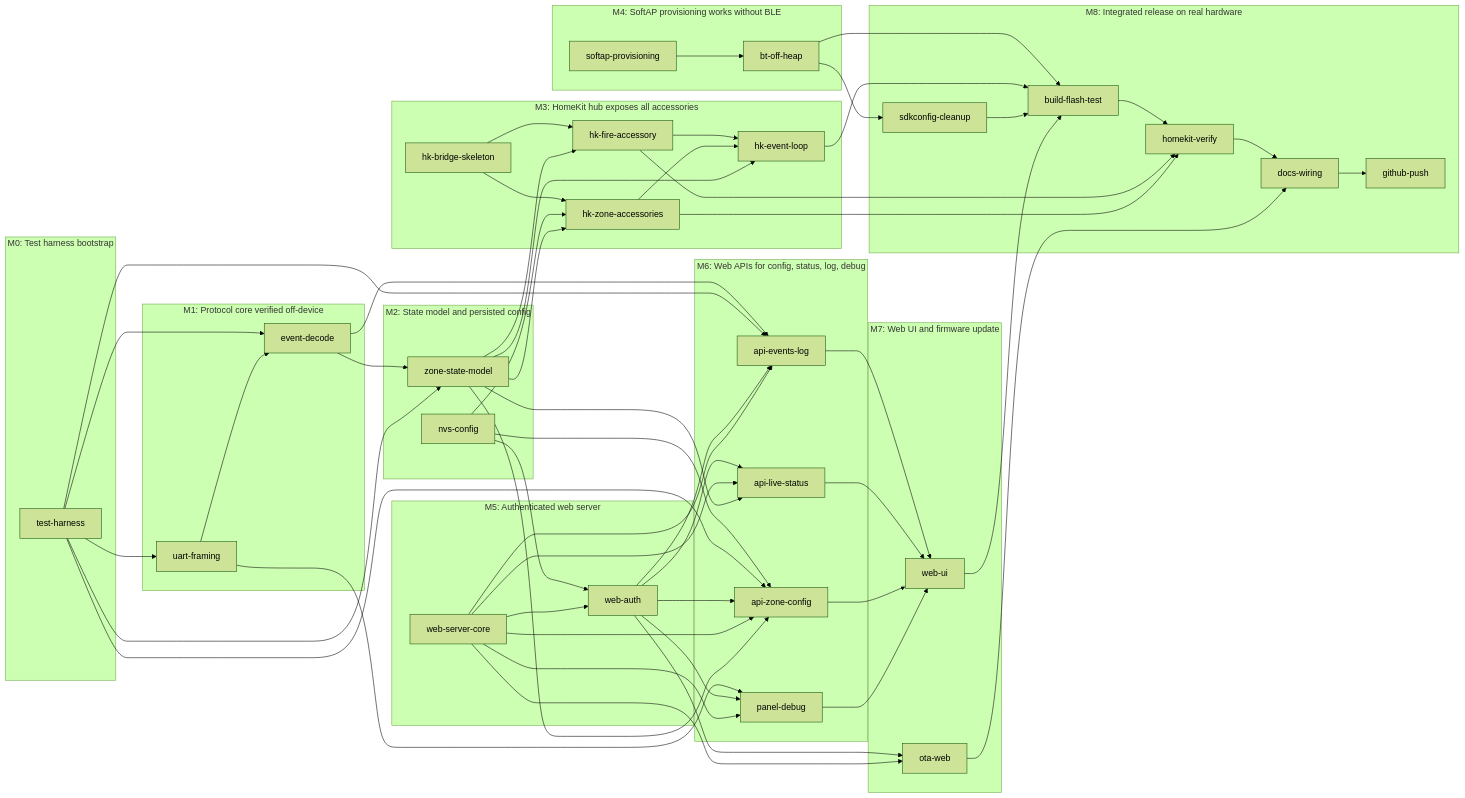
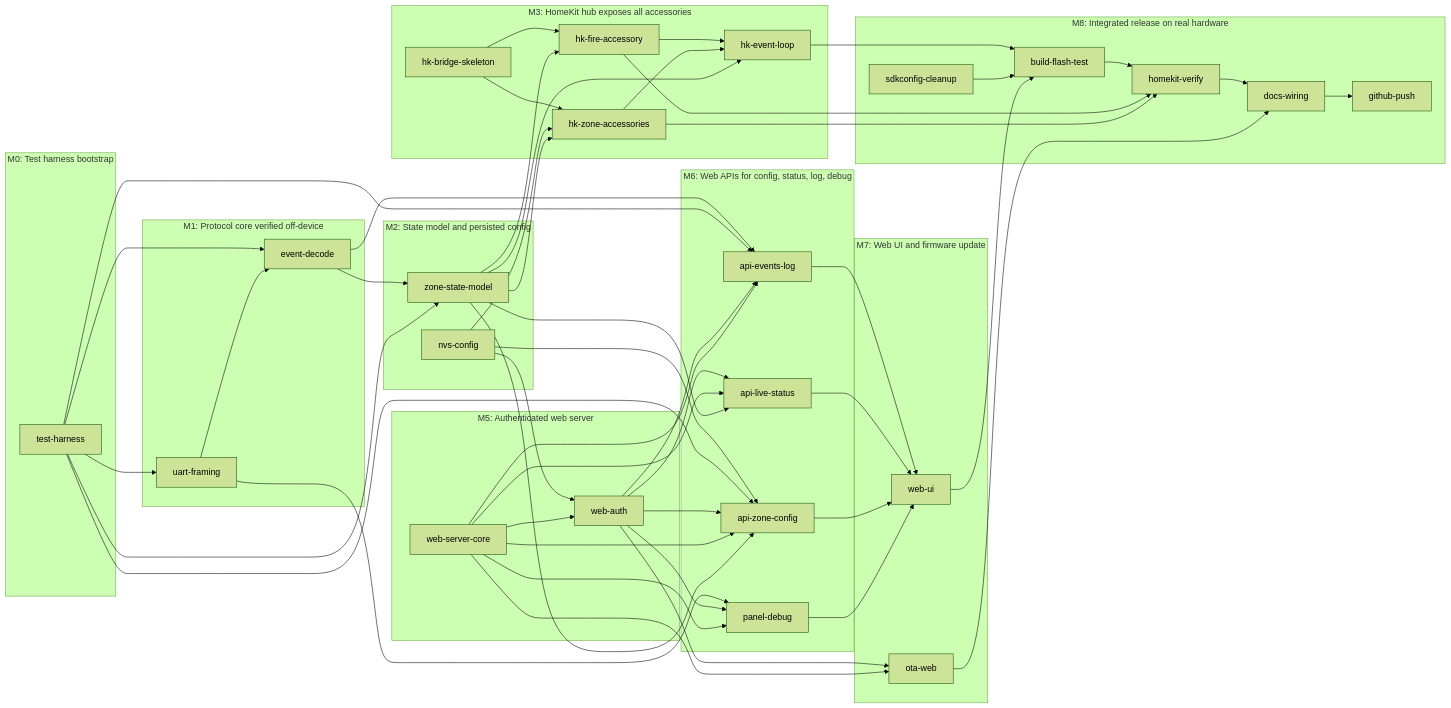
The diagram in TODO.md (nplourde/esp-homekit-paradox1738), drawn with Mermaid (forest theme) before and after one commit. The commit also changed other lines of this file and 30 other files, not shown here.

```diff
--- a/TODO.md
+++ b/TODO.md
@@ -385,10 +494,6 @@
     n_hk_event_loop["hk-event-loop"]
     n_hk_fire_accessory["hk-fire-accessory"]
     n_hk_zone_accessories["hk-zone-accessories"]
-  end
-  subgraph sg_M4["M4: SoftAP provisioning works without BLE"]
-    n_bt_off_heap["bt-off-heap"]
-    n_softap_provisioning["softap-provisioning"]
   end
   subgraph sg_M5["M5: Authenticated web server"]
     n_web_auth["web-auth"]
@@ -423,8 +528,6 @@
   n_web_auth --> n_api_zone_config
   n_web_server_core --> n_api_zone_config
   n_zone_state_model --> n_api_zone_config
-  n_softap_provisioning --> n_bt_off_heap
-  n_bt_off_heap --> n_build_flash_test
   n_hk_event_loop --> n_build_flash_test
   n_sdkconfig_cleanup --> n_build_flash_test
   n_web_ui --> n_build_flash_test
@@ -449,7 +552,6 @@
   n_uart_framing --> n_panel_debug
   n_web_auth --> n_panel_debug
   n_web_server_core --> n_panel_debug
-  n_bt_off_heap --> n_sdkconfig_cleanup
   n_test_harness --> n_uart_framing
   n_nvs_config --> n_web_auth
   n_web_server_core --> n_web_auth
```
